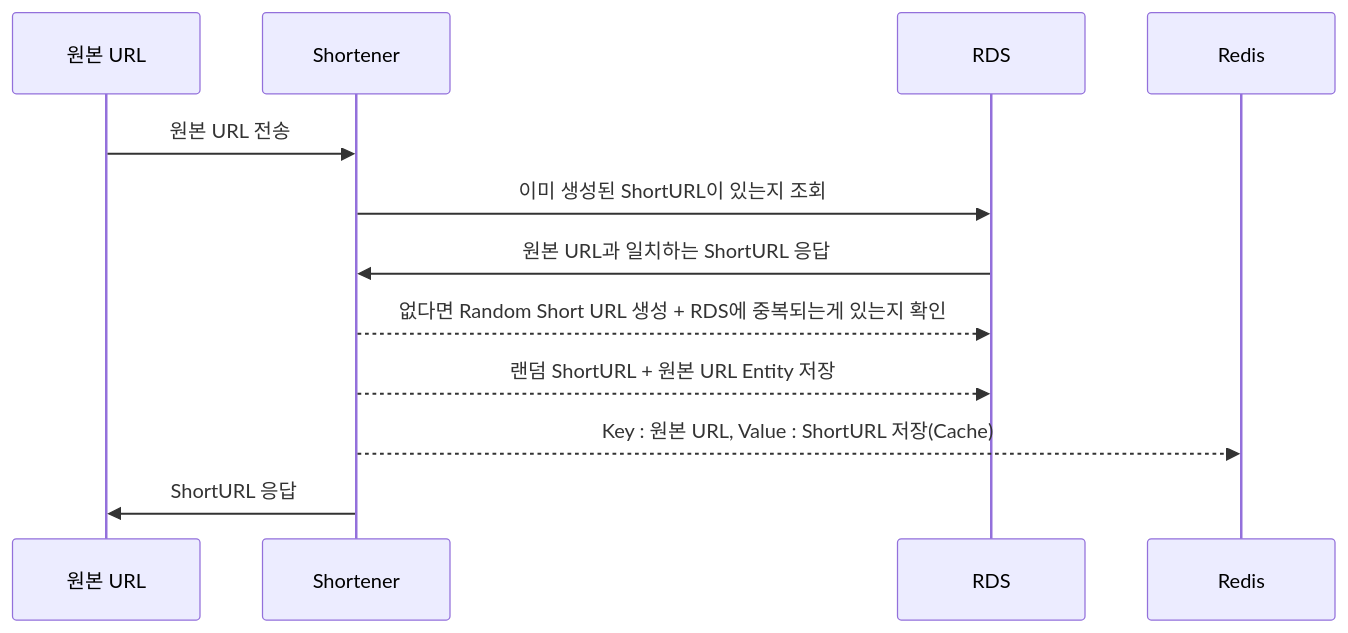
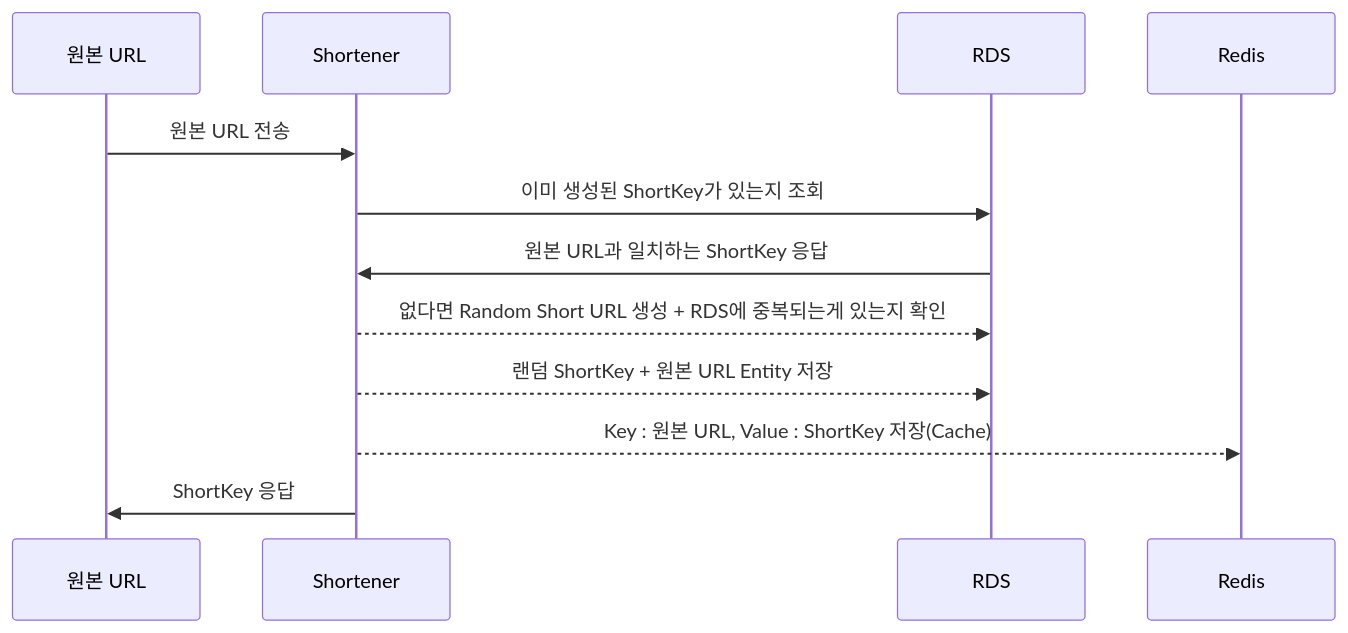
Before and after one commit to hojihun5516/url-shortener: the first of 2 diagrams in README.md, drawn with Mermaid. The commit also changed other lines of this file and 16 other files, not shown here.

First line of the commit message:
short key 네이밍 수정

````diff
--- a/README.md
+++ b/README.md
@@ -4,14 +4,14 @@
 ```mermaid
 sequenceDiagram
     participant user as 원본 URL
     participant shortener as Shortener
     participant rds as RDS
     participant redis as Redis
     user->>shortener: 원본 URL 전송
-    shortener->>rds: 이미 생성된 ShortURL이 있는지 조회
-    rds->>shortener: 원본 URL과 일치하는 ShortURL 응답
+    shortener->>rds: 이미 생성된 ShortKey가 있는지 조회
+    rds->>shortener: 원본 URL과 일치하는 ShortKey 응답
     shortener-->>rds: 없다면 Random Short URL 생성 + RDS에 중복되는게 있는지 확인
-    shortener-->>rds: 랜덤 ShortURL + 원본 URL Entity 저장
-    shortener-->>redis: Key : 원본 URL, Value : ShortURL 저장(Cache)
-    shortener->>user: ShortURL 응답
+    shortener-->>rds: 랜덤 ShortKey + 원본 URL Entity 저장
+    shortener-->>redis: Key : 원본 URL, Value : ShortKey 저장(Cache)
+    shortener->>user: ShortKey 응답
 ```
````
